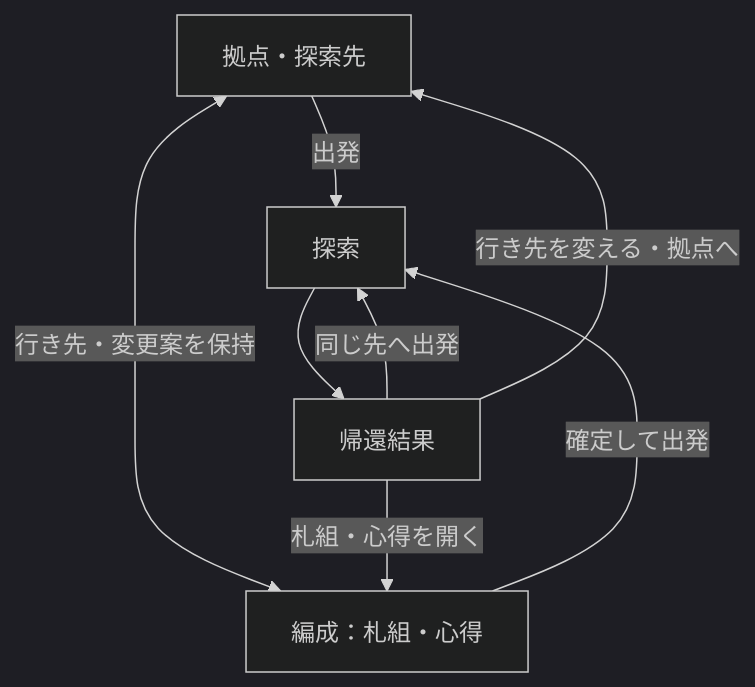
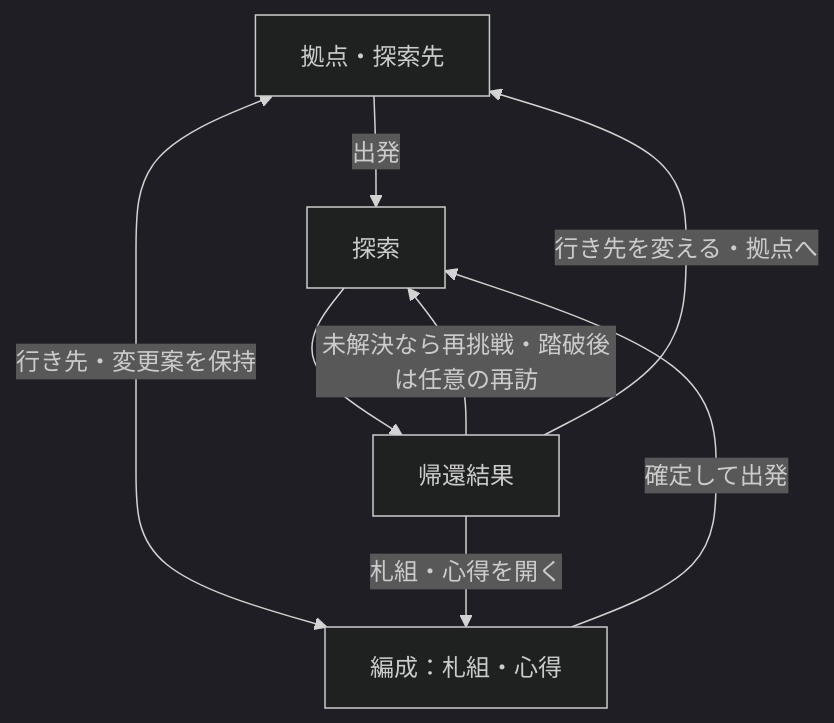
One commit to eckolo/crossweave changed the diagram in docs/検証/UI/readability/全画面構成.md. Above: the diagram before and after it, drawn with Mermaid (dark theme). The commit also changed other lines of this file and 13 other files, not shown here.

````diff
--- a/docs/検証/UI/readability/全画面構成.md
+++ b/docs/検証/UI/readability/全画面構成.md
@@ -28,10 +28,10 @@
 ```mermaid
 flowchart TD
     H["拠点・探索先"] -->|"出発"| E["探索"]
     H <-->|"行き先・変更案を保持"| P["編成：札組・心得"]
     P -->|"確定して出発"| E
     E --> R["帰還結果"]
-    R -->|"同じ先へ出発"| E
+    R -->|"未解決なら再挑戦・踏破後は任意の再訪"| E
     R -->|"札組・心得を開く"| P
     R -->|"行き先を変える・拠点へ"| H
 ```
````
